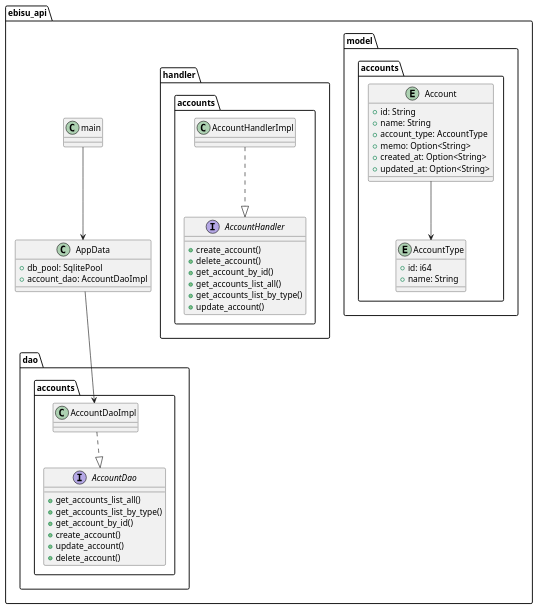
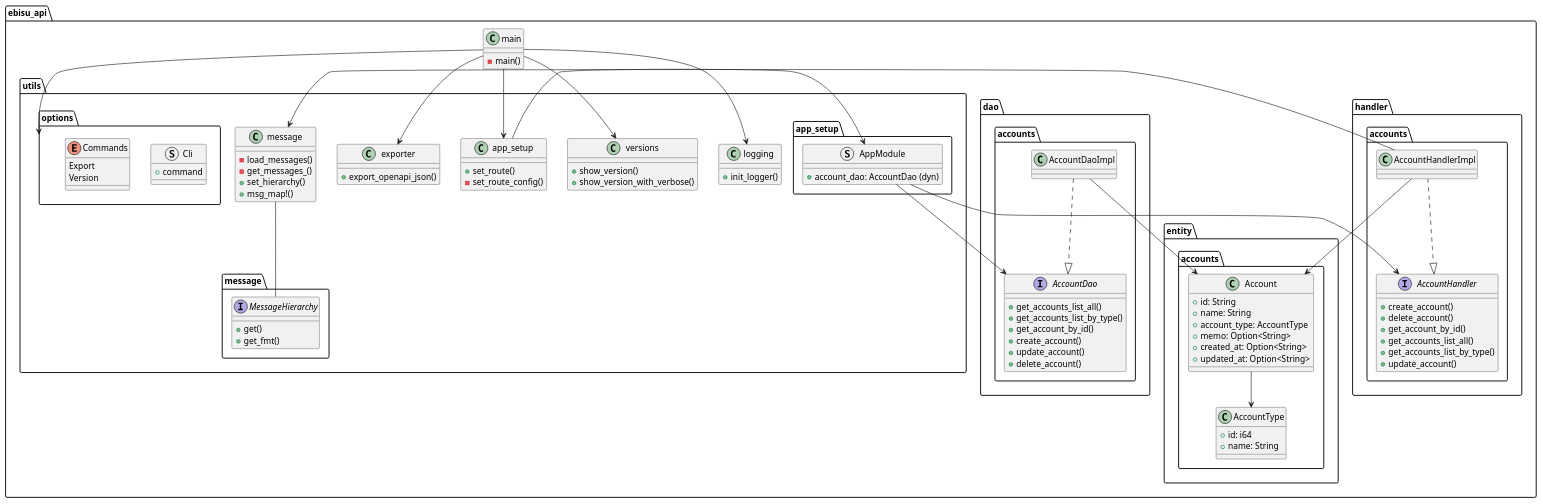
The diagram in docs/design/classes.md (kawikita/ebisu-mm), drawn with PlantUML before and after one commit. The commit also changed 23 other files, not shown here.

```diff
--- a/docs/design/classes.md
+++ b/docs/design/classes.md
@@ -3,15 +3,15 @@
 ' Ebisu API クラス図 (src配下)
 
 package ebisu_api {
-  ' モデル
-  package model {
+  ' エンティティ
+  package entity {
     package accounts {
-      entity AccountType{
+      class AccountType {
         +id: i64
         +name: String
       }
 
-      entity Account {
+      class Account {
         +id: String
         +name: String
         +account_type: AccountType
@@ -56,17 +56,72 @@
     }
   }
 
-  ' AppData (DI用)
-  class AppData {
-    +db_pool: SqlitePool
-    +account_dao: AccountDaoImpl
+  package utils {
+    package app_setup as AppSetupModule {
+      ' AppModule (DI用)
+      struct AppModule {
+        +account_dao: AccountDao (dyn)
+      }
+    }
+    class app_setup {
+      +set_route()
+      -set_route_config()
+    }
+    app_setup -> AppModule
+
+    class exporter {
+      +export_openapi_json()
+    }
+    class logging {
+      +init_logger()
+    }
+    package message as MessagePkg {
+      interface MessageHierarchy {
+        +get()
+        +get_fmt()
+      }
+    }
+    class message {
+      -load_messages()
+      -get_messages_()
+      +set_hierarchy()
+      +msg_map!()
+    }
+    message -- MessageHierarchy
+
+    package options {
+      struct Cli {
+        +command
+      }
+      enum Commands {
+        Export
+        Version
+      }
+    }
+    class versions {
+      +show_version()
+      +show_version_with_verbose()
+    }
+  }
+
+  class main {
+    -main()
   }
 
   ' 関連
   Account --> AccountType
-  AppData --> AccountDaoImpl
+  AccountHandlerImpl --> Account
+  AccountDaoImpl --> Account
+  AccountHandlerImpl --> message
 
-  main --> AppData
+  AppModule --> AccountHandler
+  AppModule --> AccountDao
+  main --> app_setup
+  main --> exporter
+  main --> options
+  main --> logging
+  main --> versions
+
 }
 
 @enduml
```
